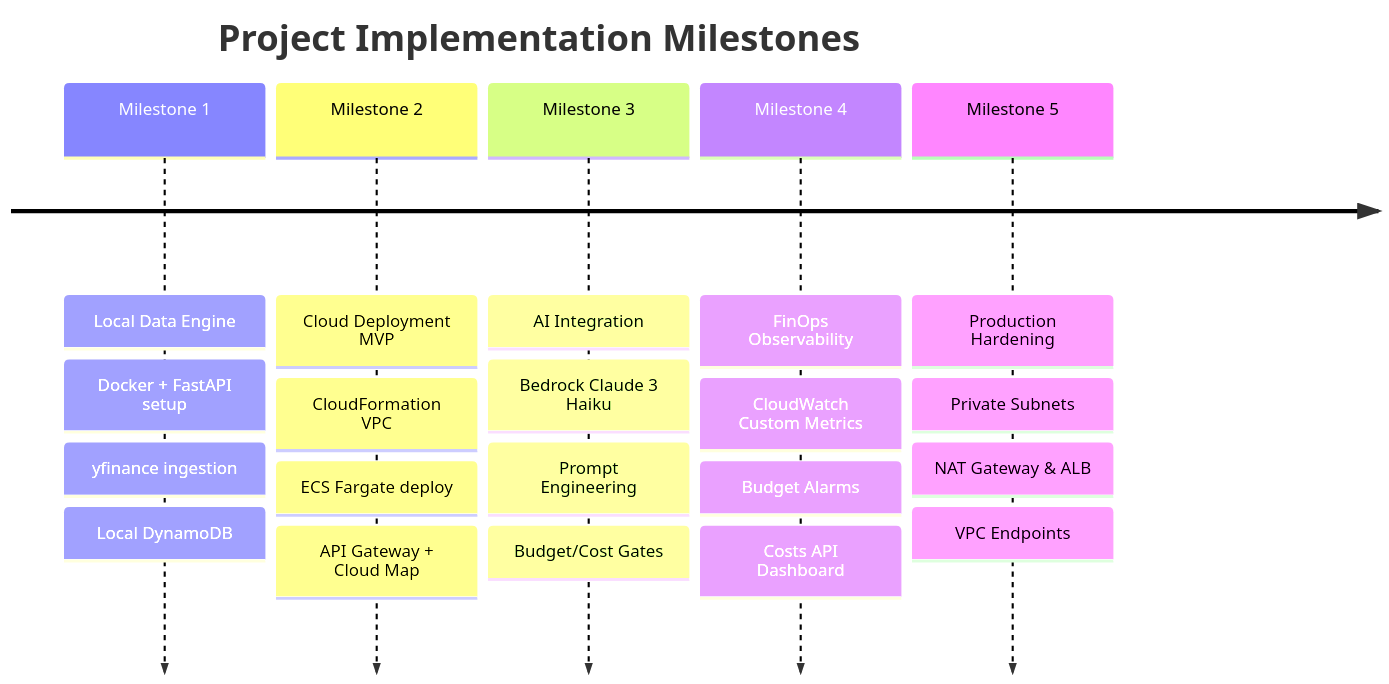
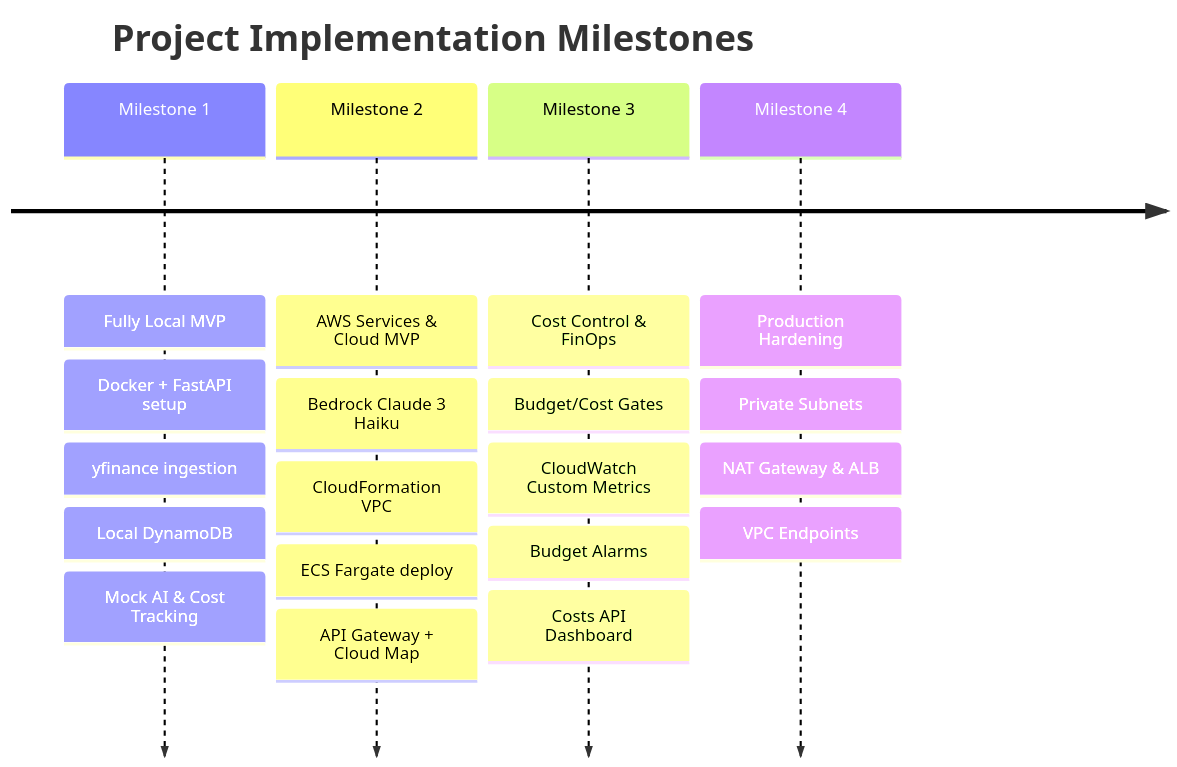
The third of 6 diagrams in system-design/system_overview.md (water-bear-dev/Cost-Aware-Market-Insights-Engine), drawn with Mermaid before and after one commit. The commit also changed other lines of this file and 34 other files, not shown here.

Commit message:
feat: Initialize Cost-Aware Market Insights Engine with core services, API routes, DynamoDB integration, and Docker setup.

````diff
--- a/system-design/system_overview.md
+++ b/system-design/system_overview.md
@@ -131,24 +122,23 @@
 ```mermaid
 timeline
     title Project Implementation Milestones
-    Milestone 1 : Local Data Engine
+    Milestone 1 : Fully Local MVP
                 : Docker + FastAPI setup
                 : yfinance ingestion
                 : Local DynamoDB
-    Milestone 2 : Cloud Deployment MVP
+                : Mock AI & Cost Tracking
+    Milestone 2 : AWS Services & Cloud MVP
+                : Bedrock Claude 3 Haiku
                 : CloudFormation VPC
                 : ECS Fargate deploy
                 : API Gateway + Cloud Map
-    Milestone 3 : AI Integration
-                : Bedrock Claude 3 Haiku
-                : Prompt Engineering
+    Milestone 3 : Cost Control & FinOps
                 : Budget/Cost Gates
-    Milestone 4 : FinOps Observability
                 : CloudWatch Custom Metrics
                 : Budget Alarms
                 : Costs API Dashboard
-    Milestone 5 : Production Hardening
+    Milestone 4 : Production Hardening
                 : Private Subnets
                 : NAT Gateway & ALB
                 : VPC Endpoints
 ```
````
